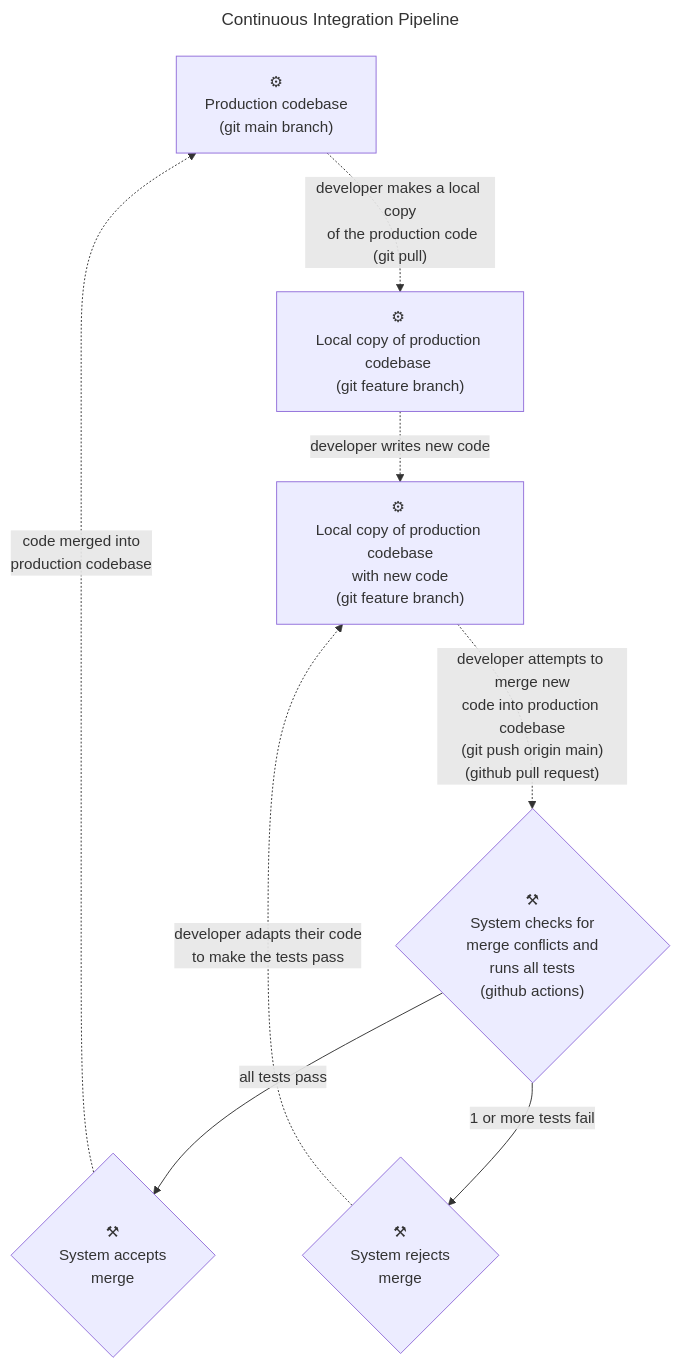
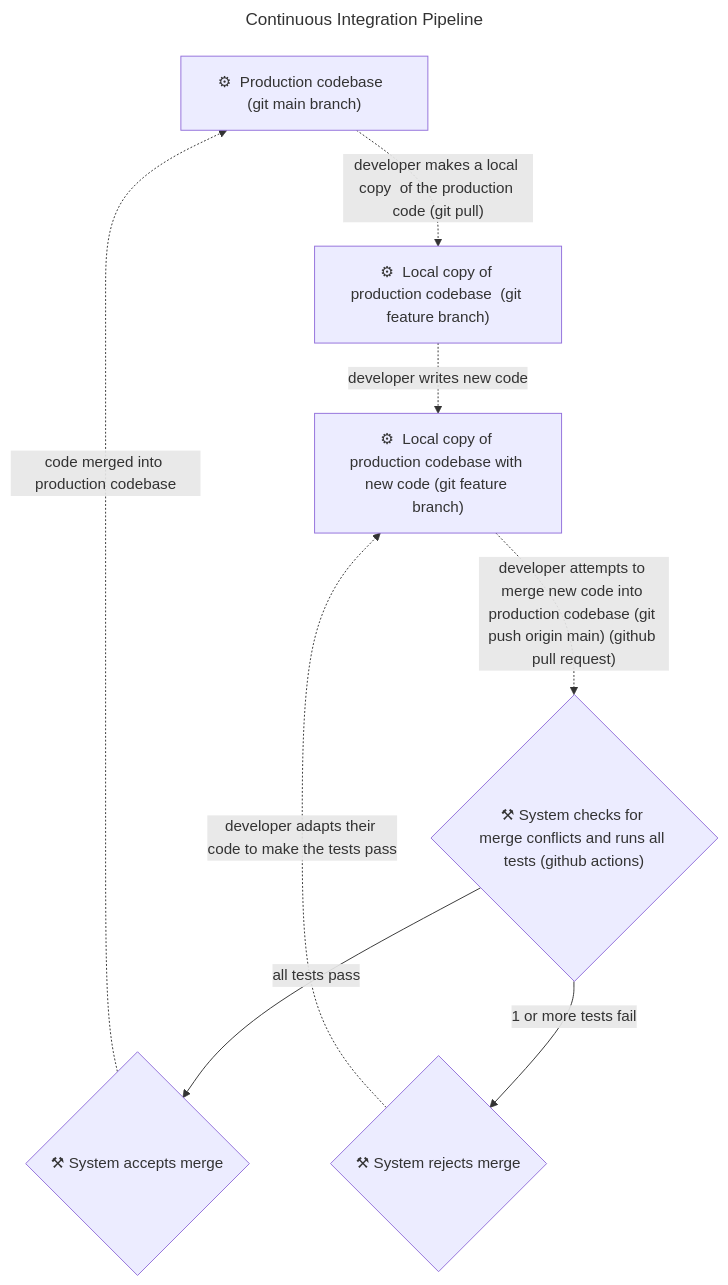
Before and after one commit to shanebarakat/python-github-ci-pipeline: the first of 2 diagrams in README.md, drawn with Mermaid. The commit also changed other lines of this file, not shown here.

Commit message:
test(README.md): trying to find source of mermaidJS error

````diff
--- a/README.md
+++ b/README.md
@@ -13,13 +13,13 @@
 ```mermaid
 ---
 title: Continuous Integration Pipeline
 ---
 flowchart TD;
-    A["⚙ <br>Production codebase <br>(git main branch)"] -. "developer makes a local copy<br> of the production code<br>(git pull)" .-> B["⚙ <br>Local copy of production codebase <br>(git feature branch)"]
-    B -. "developer writes new code" .-> C["⚙ <br>Local copy of production codebase<br>with new code<br>(git feature branch)"]
-    C -. "developer attempts to merge new<br>code into production codebase<br>(git push origin main)<br>(github pull request)" .-> D{"⚒<br>System checks for<br>merge conflicts and<br>runs all tests<br>(github actions)"}
-    D -- "all tests pass" --> E{⚒<br>System accepts <br>merge}
-    E -. "code merged into<br>production codebase " .-> A
-    D -- "1 or more tests fail" --> F{⚒<br>System rejects <br>merge}
-    F -. "developer adapts their code<br>to make the tests pass" .-> C
+    A["⚙  Production codebase  (git main branch)"] -. "developer makes a local copy  of the production code (git pull)" .-> B["⚙  Local copy of production codebase  (git feature branch)"]
+    B -. "developer writes new code" .-> C["⚙  Local copy of production codebase with new code (git feature branch)"]
+    C -. "developer attempts to merge new code into production codebase (git push origin main) (github pull request)" .-> D{"⚒ System checks for merge conflicts and runs all tests (github actions)"}
+    D -- "all tests pass" --> E{⚒ System accepts  merge}
+    E -. "code merged into production codebase " .-> A
+    D -- "1 or more tests fail" --> F{⚒ System rejects  merge}
+    F -. "developer adapts their code to make the tests pass" .-> C
 ```
````
